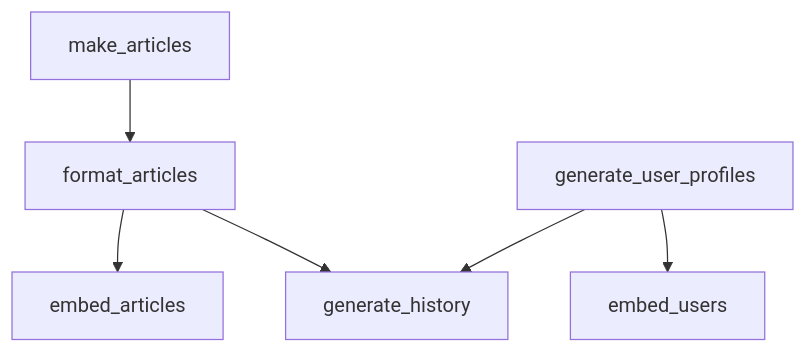
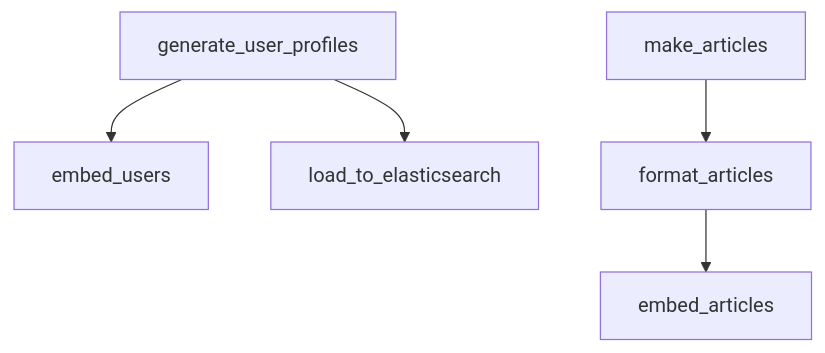
Before and after one commit to u-masao/hybrid-search-demo: the diagram in PIPELINE.md, drawn with Mermaid.

Commit message:
dvc pipeline updated

````diff
--- a/PIPELINE.md
+++ b/PIPELINE.md
@@ -1,14 +1,13 @@
 ```mermaid
 flowchart TD
-	node1["embed_articles"]
-	node2["embed_users"]
-	node3["format_articles"]
-	node4["generate_history"]
-	node5["generate_user_profiles"]
+	node1["embed_users"]
+	node2["generate_user_profiles"]
+	node3["load_to_elasticsearch"]
+	node2-->node1
+	node2-->node3
+	node4["embed_articles"]
+	node5["format_articles"]
 	node6["make_articles"]
-	node3-->node1
-	node3-->node4
-	node5-->node2
 	node5-->node4
-	node6-->node3
+	node6-->node5
 ```
````
